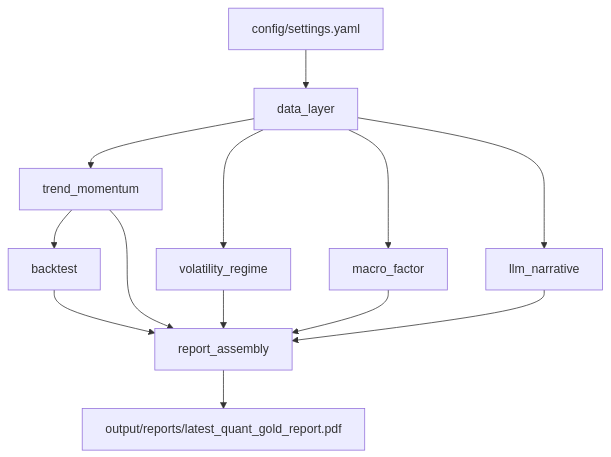
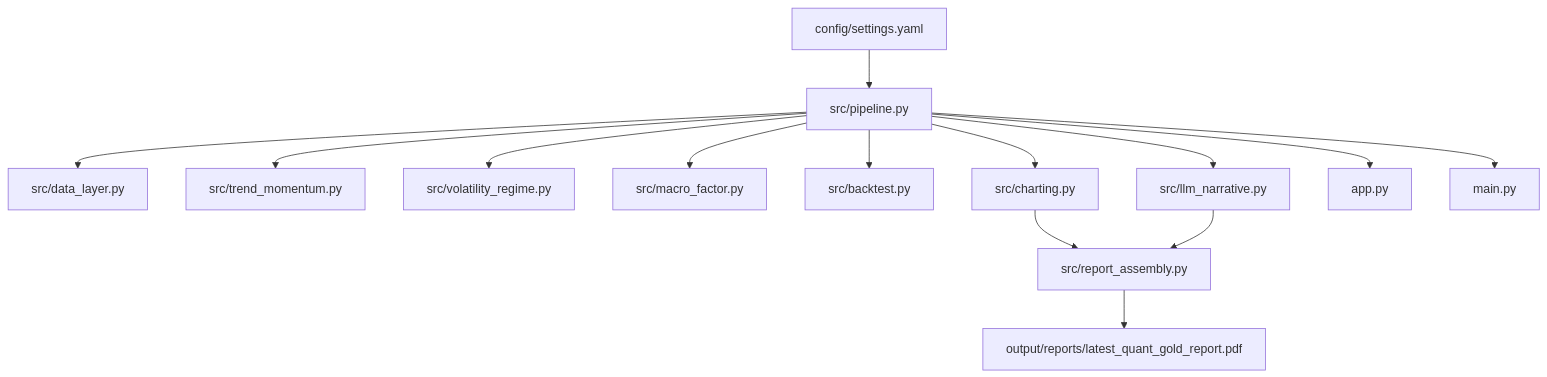
The diagram in README.md (Jerome-Yuxuan-Zhang/quant-gold-report-polaris), drawn with Mermaid before and after one commit. The commit also changed other lines of this file and 29 other files, not shown here.

````diff
--- a/README.md
+++ b/README.md
@@ -37,15 +48,16 @@
 ```mermaid
 flowchart TD
-    A[config/settings.yaml] --> B[data_layer]
-    B --> C[trend_momentum]
-    B --> D[volatility_regime]
-    B --> E[macro_factor]
-    C --> F[backtest]
-    B --> G[llm_narrative]
-    C --> H[report_assembly]
-    D --> H
-    E --> H
-    F --> H
-    G --> H
-    H --> I[output/reports/latest_quant_gold_report.pdf]
+    A[config/settings.yaml] --> B[src/pipeline.py]
+    B --> C[src/data_layer.py]
+    B --> D[src/trend_momentum.py]
+    B --> E[src/volatility_regime.py]
+    B --> F[src/macro_factor.py]
+    B --> G[src/backtest.py]
+    B --> H[src/charting.py]
+    B --> I[src/llm_narrative.py]
+    H --> J[src/report_assembly.py]
+    I --> J
+    B --> K[app.py]
+    B --> L[main.py]
+    J --> M[output/reports/latest_quant_gold_report.pdf]
 ```
````
